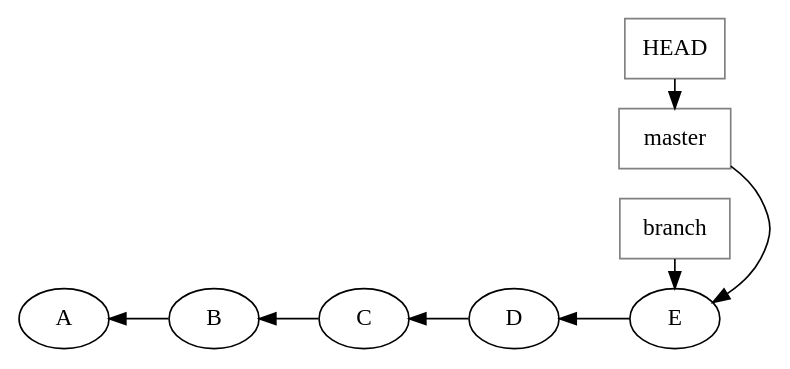
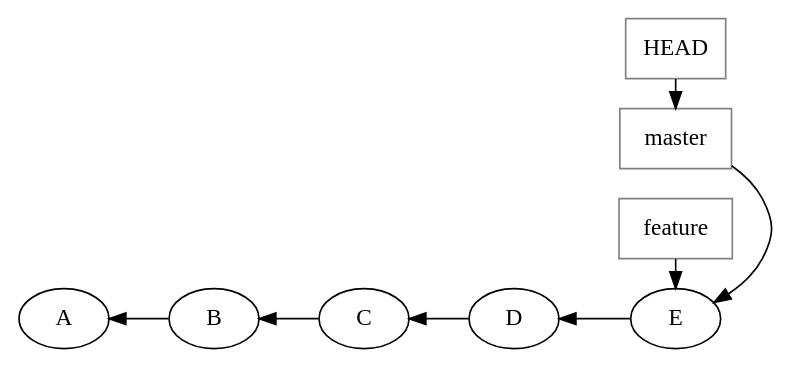
Before and after one commit to maartenberg/gitgud: the diagram in graphs/branching7.gv, drawn with Graphviz. The commit also changed 20 other files, not shown here.

```diff
--- a/graphs/branching7.gv
+++ b/graphs/branching7.gv
@@ -1,13 +1,13 @@
 digraph repo {
 	rankdir="RL";
 	C -> B;
 	B -> A;
 	D -> C;
 	E -> D;
 	node [rank=3,shape=box, color=grey] master;
-	node [rank=3,shape=box, color=grey] branch;
+	node [rank=3,shape=box, color=grey] feature;
 	master -> E;
 	HEAD -> master;
-	branch -> E;
-	{ rank = same; E; branch;HEAD;master;}
+	feature -> E;
+	{ rank = same; E; feature;HEAD;master;}
 }
```
